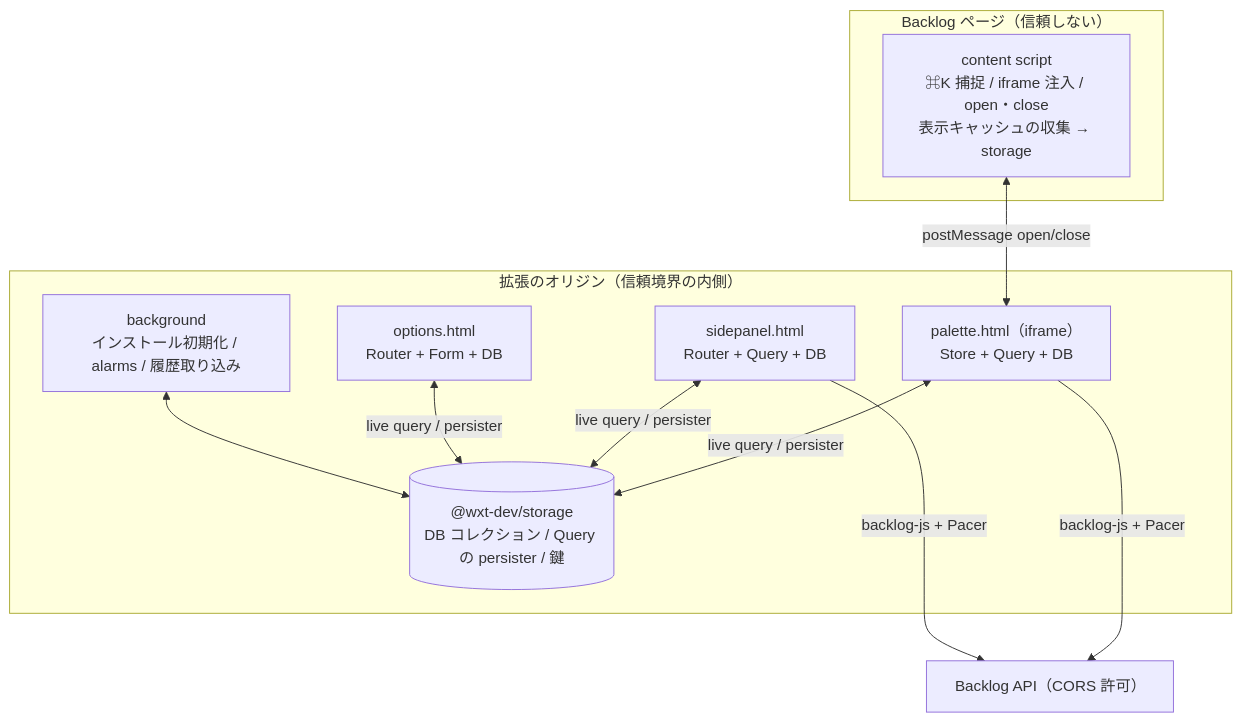
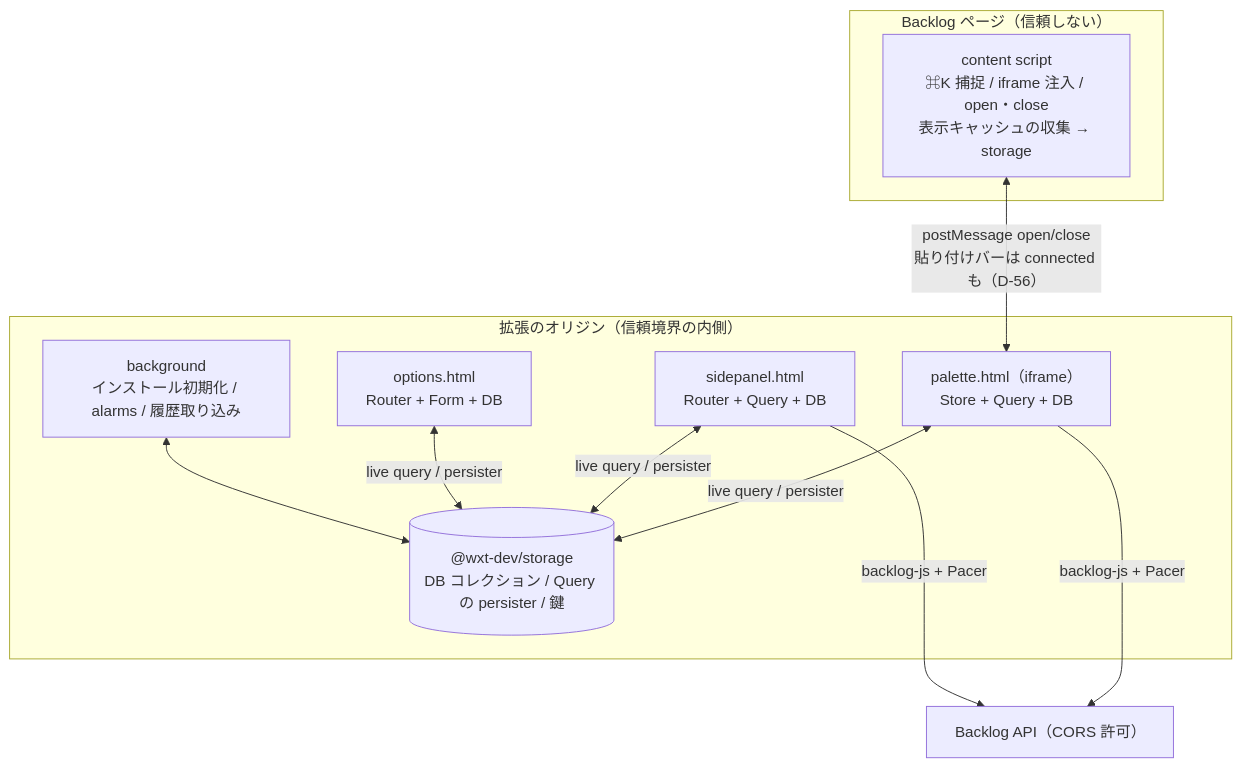
One commit to simochee/backlog-palette changed the diagram in docs/requirements/tech-stack.md. Above: the diagram before and after it, drawn with Mermaid. The commit also changed 8 other files, not shown here.

````diff
--- a/docs/requirements/tech-stack.md
+++ b/docs/requirements/tech-stack.md
@@ -47,17 +47,17 @@
 ```mermaid
 flowchart TB
   subgraph page["Backlog ページ（信頼しない）"]
     CS["content script<br/>⌘K 捕捉 / iframe 注入 / open・close<br/>表示キャッシュの収集 → storage"]
   end
   subgraph ext["拡張のオリジン（信頼境界の内側）"]
     PAL["palette.html（iframe）<br/>Store + Query + DB"]
     PANEL["sidepanel.html<br/>Router + Query + DB"]
     OPT["options.html<br/>Router + Form + DB"]
     ST[("@wxt-dev/storage<br/>DB コレクション / Query の persister / 鍵")]
     SW["background<br/>インストール初期化 / alarms / 履歴取り込み"]
   end
-  CS <-->|postMessage open/close| PAL
+  CS <-->|postMessage open/close<br/>貼り付けバーは connected も（D-56）| PAL
   PAL & PANEL & OPT <-->|live query / persister| ST
   PAL & PANEL --->|backlog-js + Pacer| API["Backlog API（CORS 許可）"]
   SW <--> ST
 ```
````
